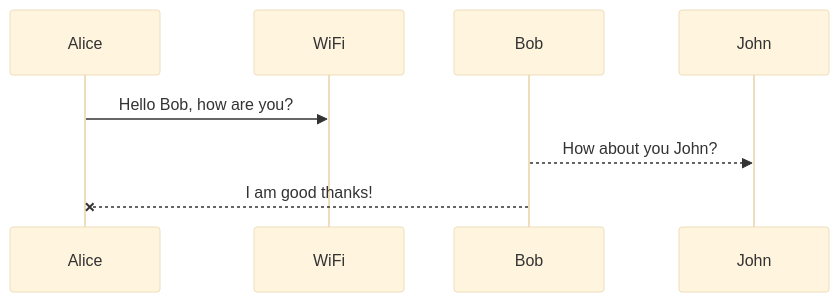
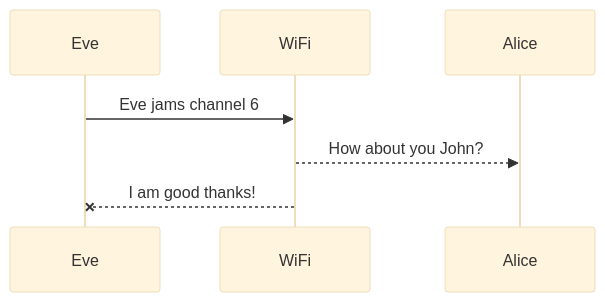
One commit to fadasr/fadasr.github.io changed the second of 2 diagrams in _posts/2018-11-18-evil-twin-ap-attacks.md. Above: the diagram before and after it, drawn with Mermaid (base theme). The commit also changed other lines of this file, not shown here.

Commit message:
_posts/2018-11-18-evil-twin-ap-attacks.md updated from https://stackedit.io/

````diff
--- a/_posts/2018-11-18-evil-twin-ap-attacks.md
+++ b/_posts/2018-11-18-evil-twin-ap-attacks.md
@@ -17,6 +17,6 @@
 ```mermaid
 sequenceDiagram
-Alice ->> WiFi: Hello Bob, how are you?
-Bob-->>John: How about you John?
-Bob--x Alice: I am good thanks!
+Eve ->> WiFi: Eve jams channel 6
+WiFi-->>Alice: How about you John?
+WiFi--x Eve: I am good thanks!
 ```
````
